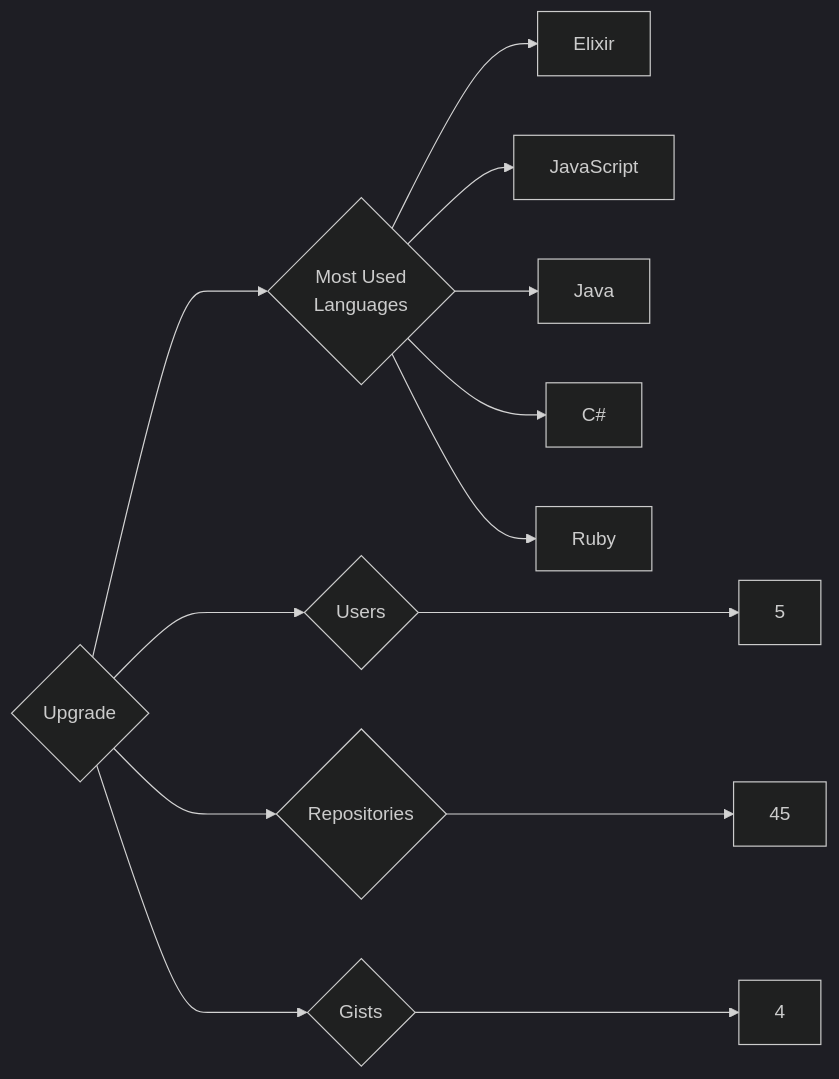
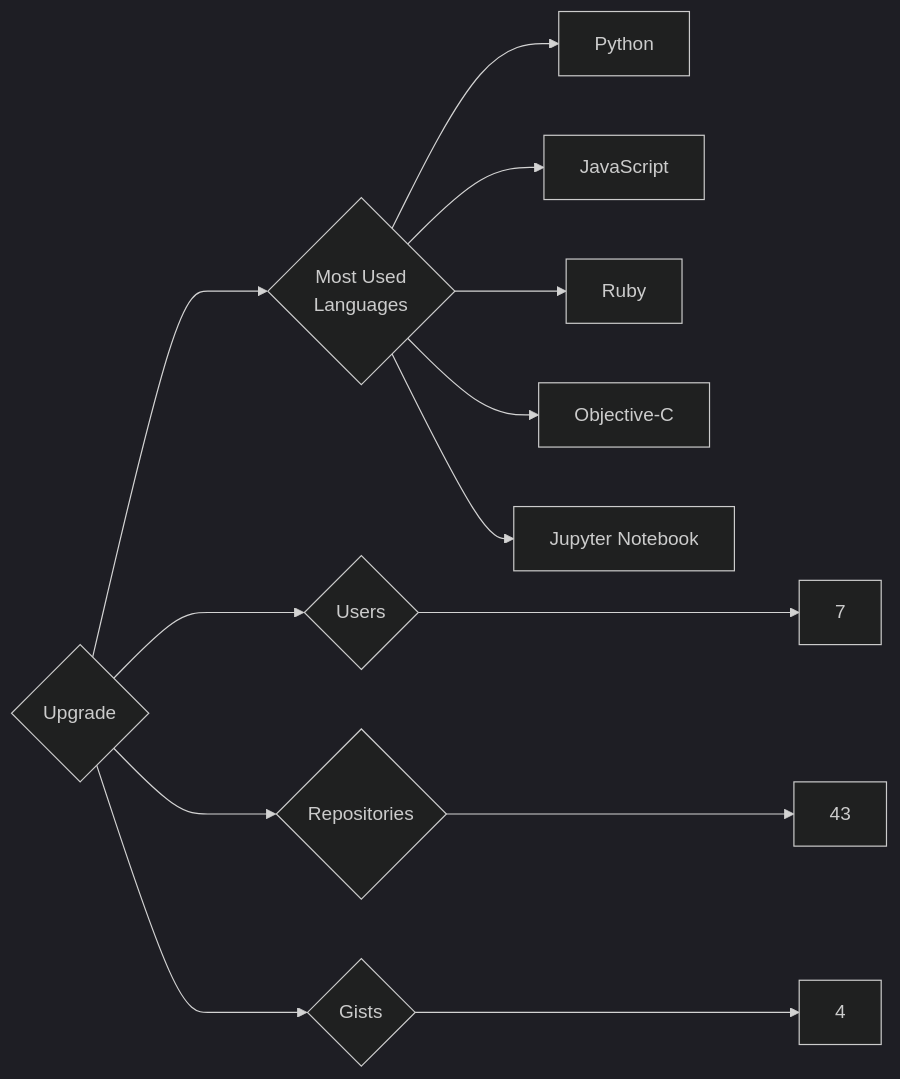
The diagram in targets/Upgrade/README.md (trickest/insiders), drawn with Mermaid (dark theme) before and after one commit. The commit also changed 1484 other files, not shown here.

````diff
--- a/targets/Upgrade/README.md
+++ b/targets/Upgrade/README.md
@@ -3,13 +3,13 @@
 ```mermaid
 graph LR
 COMPANY_NAME{Upgrade}
-COMPANY_NAME ---> U{Users} ---> UN[5]
-COMPANY_NAME ---> R{Repositories} ---> RN[45]
+COMPANY_NAME ---> U{Users} ---> UN[7]
+COMPANY_NAME ---> R{Repositories} ---> RN[43]
 COMPANY_NAME ---> G{Gists} ---> GN[4]
 COMPANY_NAME ---> ML{Most Used<br>Languages}
-ML --> Elixir[Elixir]
+ML --> Python[Python]
 ML --> JavaScript[JavaScript]
-ML --> Java[Java]
-ML --> C#[C#]
 ML --> Ruby[Ruby]
+ML --> Objective-C[Objective-C]
+ML --> Jupyter_Notebook[Jupyter Notebook]
 ```
````
